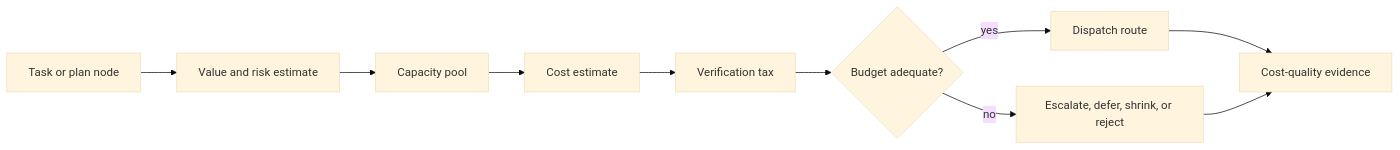
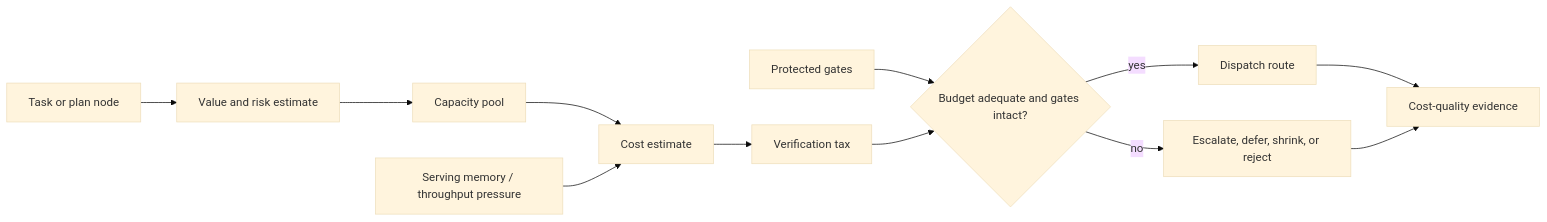
The diagram in chapters/resource-economics-and-token-budgets.qmd (corbensorenson/asi-stack-book), drawn with Mermaid (base theme) before and after one commit. The commit also changed other lines of this file and 3 other files, not shown here.

````diff
--- a/chapters/resource-economics-and-token-budgets.qmd
+++ b/chapters/resource-economics-and-token-budgets.qmd
@@ -86,12 +88,14 @@
 ```{mermaid}
 flowchart LR
   A["Task or plan node"] --> B["Value and risk estimate"]
   B --> C["Capacity pool"]
   C --> D["Cost estimate"]
+  S["Serving memory / throughput pressure"] --> D
   D --> E["Verification tax"]
-  E --> F{"Budget adequate?"}
+  P["Protected gates"] --> F{"Budget adequate and gates intact?"}
+  E --> F
   F -- "yes" --> G["Dispatch route"]
   F -- "no" --> H["Escalate, defer, shrink, or reject"]
   G --> I["Cost-quality evidence"]
   H --> I
 ```
````
